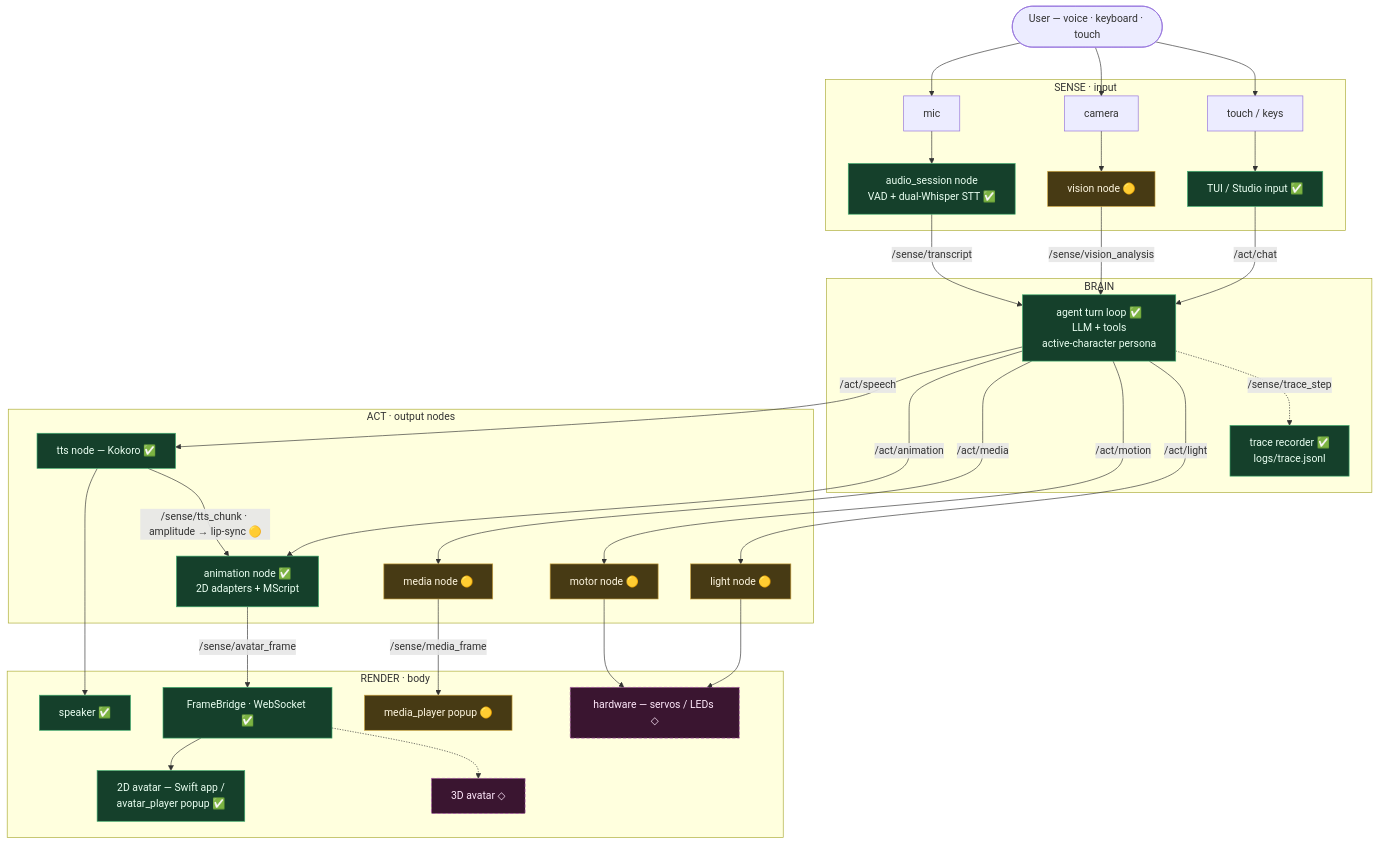
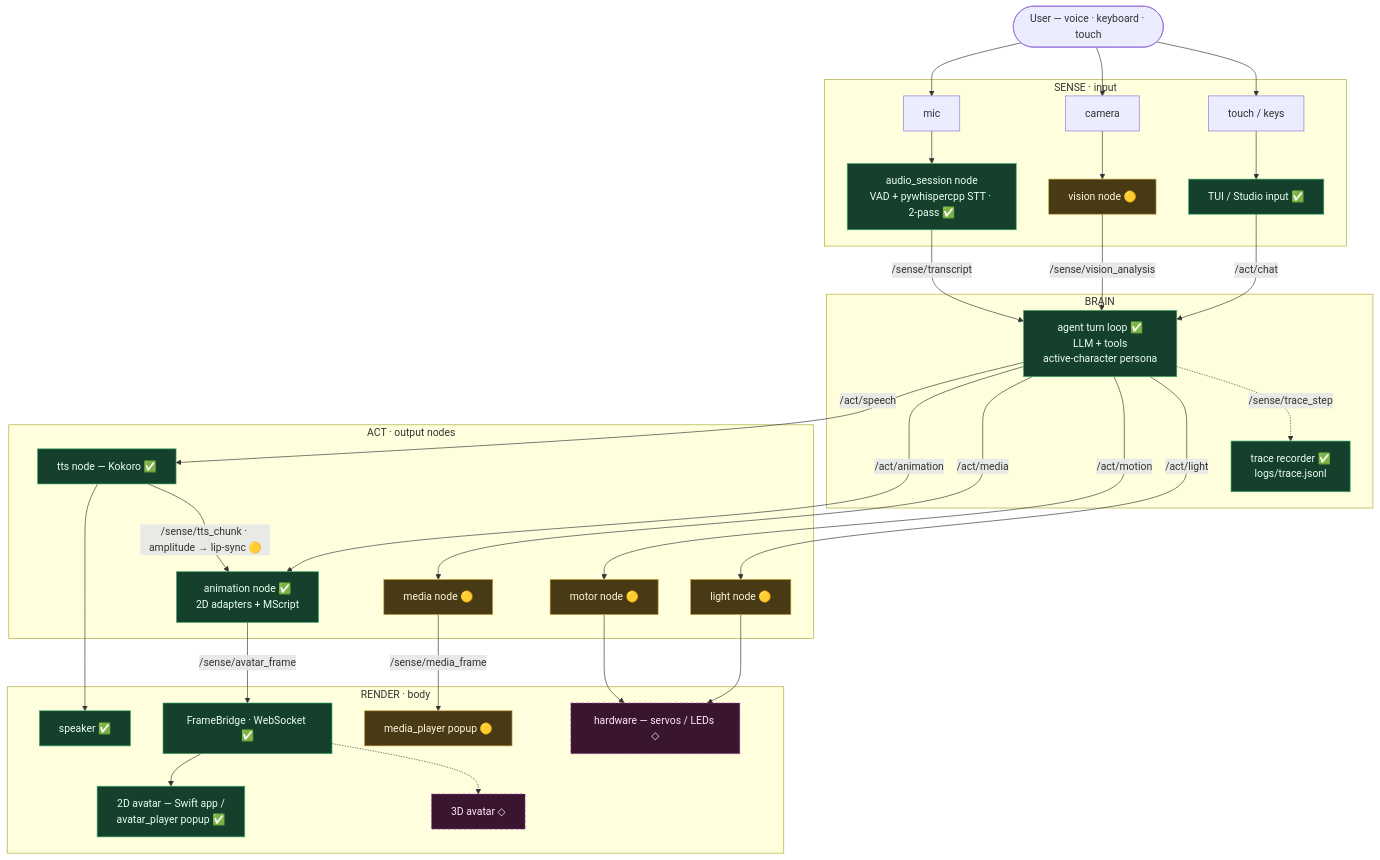
One commit to JenkinsRobotics/JROS changed the diagram in docs/infographic/README.md. Above: the diagram before and after it, drawn with Mermaid. The commit also changed other lines of this file and 1 other file, not shown here.

Commit message:
Infographic: correct STT wording — pywhispercpp, not 'dual-Whisper'
The library is pywhispercpp (whisper.cpp); 'dual' was sloppy shorthand for the
two-pass cascade of two model sizes (base.en fast -> medium.en accurate), both
via pywhispercpp. continuous mode = single base.en. Reworded in voice_in_asr.md
+ the README table/master diagram. Not pushed.

````diff
--- a/docs/infographic/README.md
+++ b/docs/infographic/README.md
@@ -15,58 +15,58 @@
 ```mermaid
 flowchart TB
     user(["User — voice · keyboard · touch"])
 
     subgraph SENSE["SENSE · input"]
-      mic["mic"] --> audio["audio_session node<br/>VAD + dual-Whisper STT ✅"]
+      mic["mic"] --> audio["audio_session node<br/>VAD + pywhispercpp STT · 2-pass ✅"]
       cam["camera"] --> vision["vision node 🟡"]
       touch["touch / keys"] --> ui["TUI / Studio input ✅"]
     end
 
     subgraph BRAIN["BRAIN"]
       agent["agent turn loop ✅<br/>LLM + tools<br/>active-character persona"]
       trace["trace recorder ✅<br/>logs/trace.jsonl"]
     end
 
     subgraph ACT["ACT · output nodes"]
       tts["tts node — Kokoro ✅"]
       anim["animation node ✅<br/>2D adapters + MScript"]
       media["media node 🟡"]
       motor["motor node 🟡"]
       light["light node 🟡"]
     end
 
     subgraph RENDER["RENDER · body"]
       spk["speaker ✅"]
       bridge["FrameBridge · WebSocket ✅"]
       avatar2d["2D avatar — Swift app /<br/>avatar_player popup ✅"]
       avatar3d["3D avatar ◇"]
       mediawin["media_player popup 🟡"]
       hw["hardware — servos / LEDs ◇"]
     end
 
     user --> mic & cam & touch
     audio -->|/sense/transcript| agent
     vision -->|/sense/vision_analysis| agent
     ui -->|/act/chat| agent
     agent -->|/act/speech| tts
     agent -->|/act/animation| anim
     agent -->|/act/media| media
     agent -->|/act/motion| motor
     agent -->|/act/light| light
     tts --> spk
     tts -->|/sense/tts_chunk · amplitude → lip-sync 🟡| anim
     anim -->|/sense/avatar_frame| bridge
     bridge --> avatar2d
     bridge -.-> avatar3d
     media -->|/sense/media_frame| mediawin
     motor --> hw
     light --> hw
     agent -.->|/sense/trace_step| trace
 
     classDef built fill:#15402b,stroke:#3fae6f,color:#eafff2;
     classDef partial fill:#473a14,stroke:#c9a13b,color:#fff7e0;
     classDef plan fill:#3a1530,stroke:#a64fa6,color:#ffe9fb,stroke-dasharray:5 3;
     class audio,ui,agent,trace,tts,anim,spk,bridge,avatar2d built;
     class vision,media,motor,light,mediawin partial;
     class avatar3d,hw plan;
 ```
````
